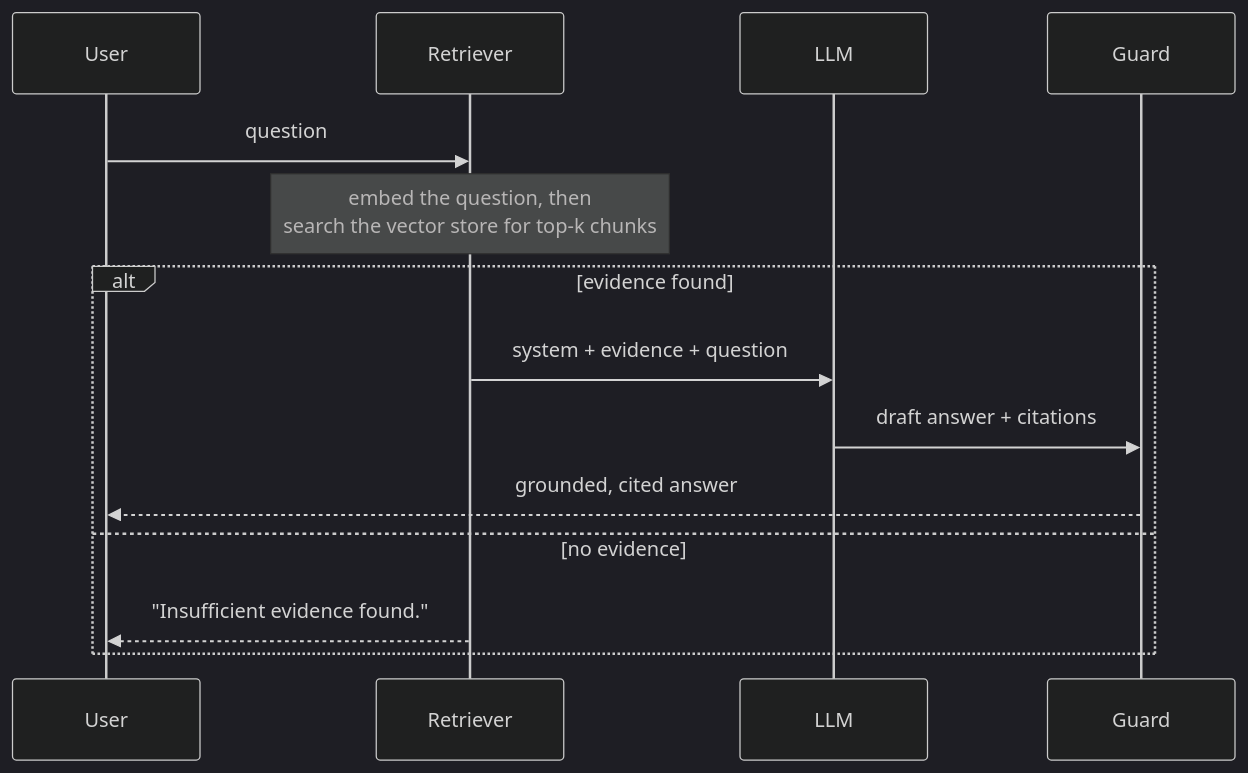
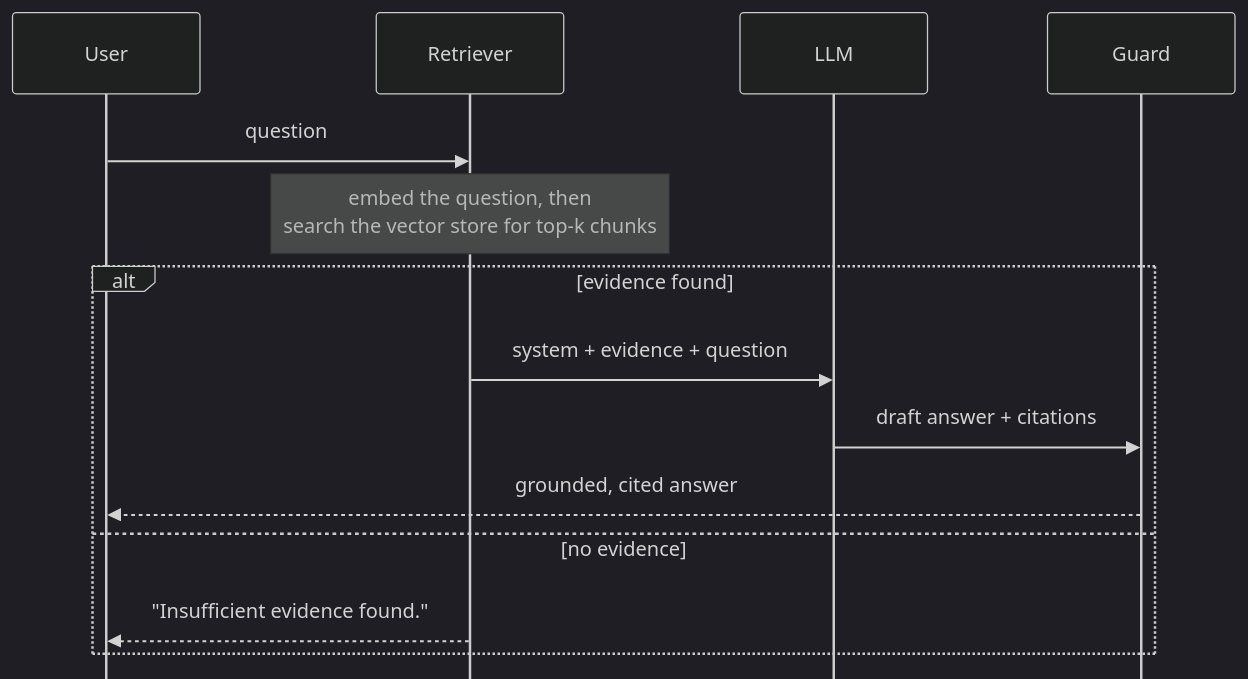
Before and after one commit to truongbnguyen88/ai-stock-analysis: the fourth of 9 diagrams in docs/rag_concepts.md, drawn with Mermaid (dark theme).

Commit message:
docs(rag): hide mirrored bottom participant boxes in §2.2
Sequence diagrams mirror each participant box at the bottom by default
(every actor drawn twice). Add a mirrorActors:false init directive so only
the top row of boxes shows — cleaner, same content.

````diff
--- a/docs/rag_concepts.md
+++ b/docs/rag_concepts.md
@@ -140,16 +140,17 @@
 ```mermaid
+%%{init: {"sequence": {"mirrorActors": false}}}%%
 sequenceDiagram
   participant U as User
   participant R as Retriever
   participant L as LLM
   participant G as Guard
   U->>R: question
   Note over R: embed the question, then<br/>search the vector store for top-k chunks
   alt evidence found
     R->>L: system + evidence + question
     L->>G: draft answer + citations
     G-->>U: grounded, cited answer
   else no evidence
     R-->>U: "Insufficient evidence found."
   end
 ```
````
